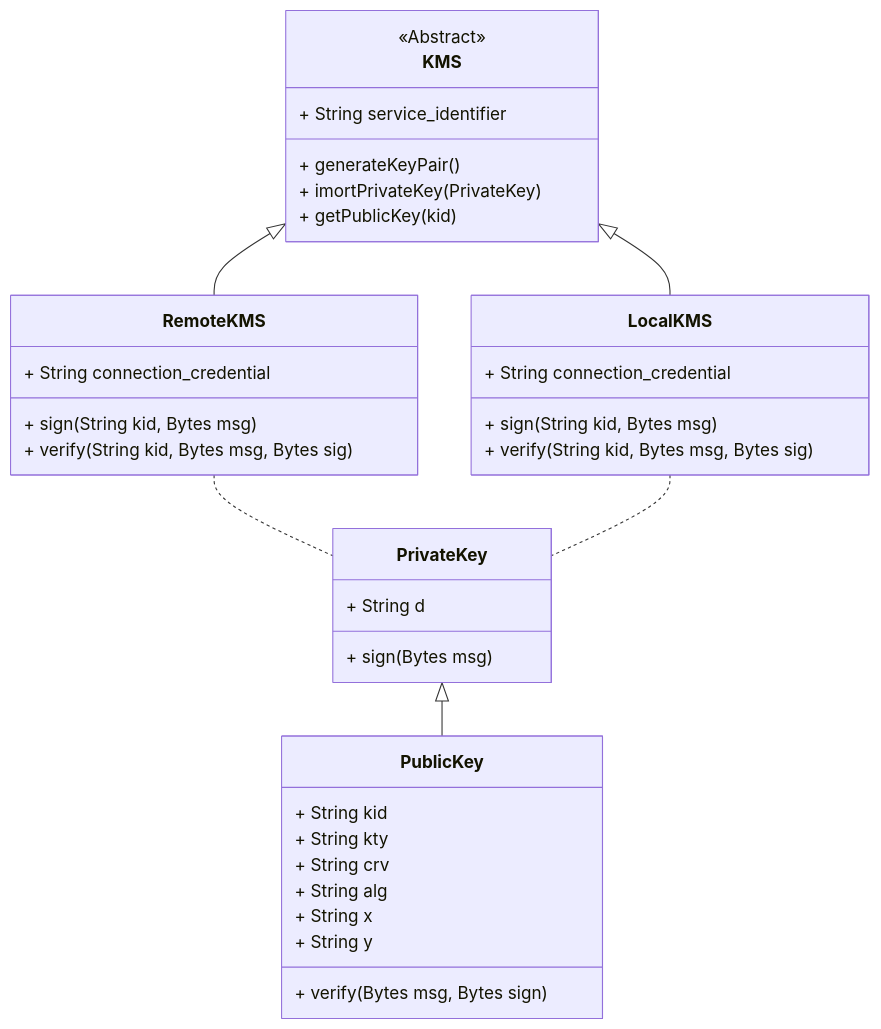
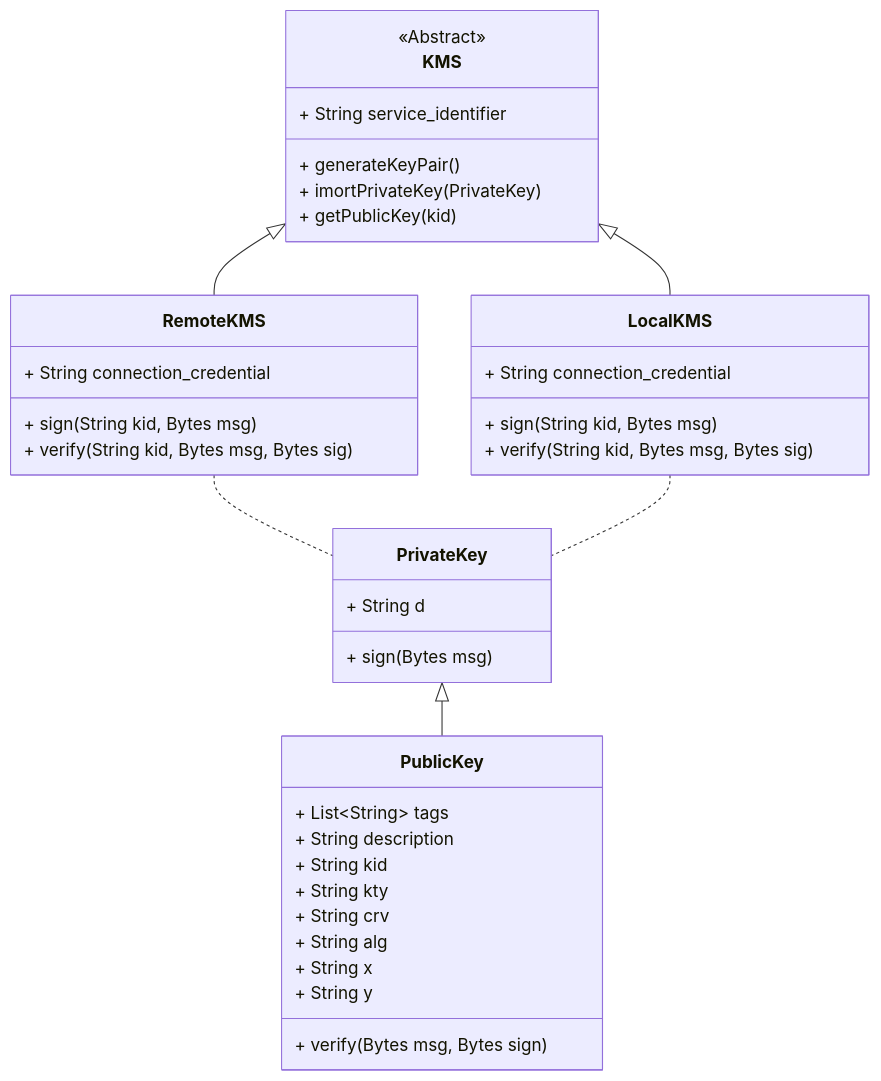
One commit to openwallet-foundation/architecture-sig changed the diagram in docs/key-management-services.md. Above: the diagram before and after it, drawn with Mermaid.

Commit message:
Add description and tags to public key

````diff
--- a/docs/key-management-services.md
+++ b/docs/key-management-services.md
@@ -12,40 +12,41 @@
 ```mermaid
 classDiagram
     class KMS
     <<Abstract>> KMS
     KMS: + String service_identifier
     KMS: + generateKeyPair()
     KMS: + imortPrivateKey(PrivateKey)
     KMS: + getPublicKey(kid)
     class RemoteKMS{
       + String connection_credential
       + sign(String kid, Bytes msg)
       + verify(String kid, Bytes msg, Bytes sig)
     }
     class LocalKMS{
       + String connection_credential
       + sign(String kid, Bytes msg)
       + verify(String kid, Bytes msg, Bytes sig)
     }
     class PublicKey {
+      + List~String~ tags
+      + String description
       + String kid
       + String kty
       + String crv
       + String alg
       + String x
       + String y
       + verify(Bytes msg, Bytes sign)
     }
     class PrivateKey {
       + String d
       + sign(Bytes msg)
     }
     PrivateKey <|-- PublicKey
     
     RemoteKMS ..  PrivateKey
     LocalKMS ..  PrivateKey
 
     KMS <|-- RemoteKMS
     KMS <|-- LocalKMS
-     
 ```
````
